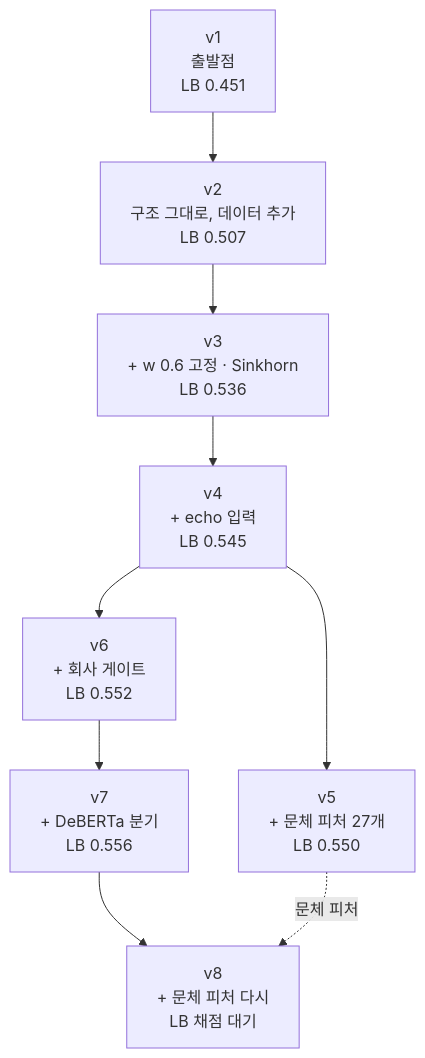
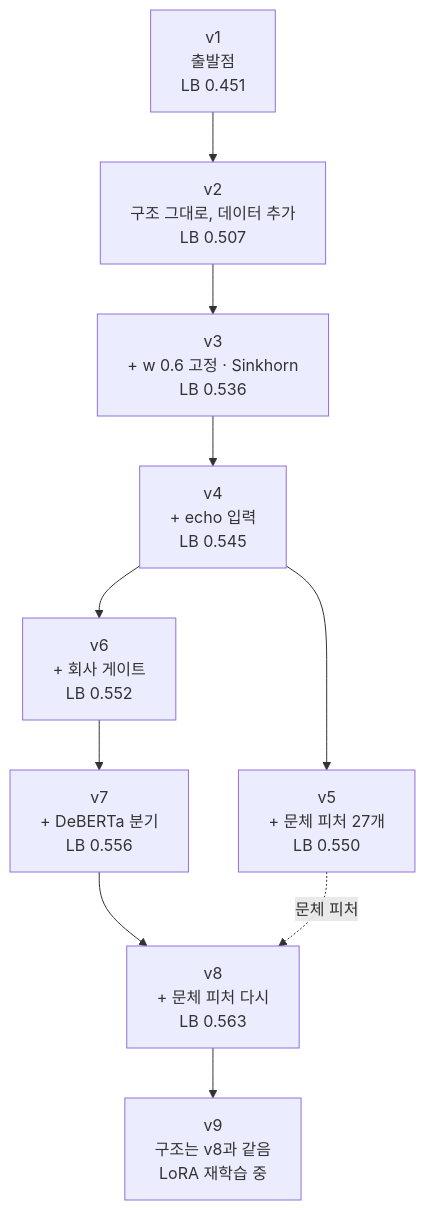
The diagram in docs/07_architecture_by_version.md (Lee-Jungwoo/name-that-llm), drawn with Mermaid before and after one commit. The commit also changed other lines of this file and 13 other files, not shown here.

````diff
--- a/docs/07_architecture_by_version.md
+++ b/docs/07_architecture_by_version.md
@@ -26,11 +26,12 @@
 ```mermaid
 flowchart TD
     v1["v1<br/>출발점<br/>LB 0.451"] --> v2["v2<br/>구조 그대로, 데이터 추가<br/>LB 0.507"]
     v2 --> v3["v3<br/>+ w 0.6 고정 · Sinkhorn<br/>LB 0.536"]
     v3 --> v4["v4<br/>+ echo 입력<br/>LB 0.545"]
     v4 --> v5["v5<br/>+ 문체 피처 27개<br/>LB 0.550"]
     v4 --> v6["v6<br/>+ 회사 게이트<br/>LB 0.552"]
     v6 --> v7["v7<br/>+ DeBERTa 분기<br/>LB 0.556"]
-    v7 --> v8["v8<br/>+ 문체 피처 다시<br/>LB 채점 대기"]
+    v7 --> v8["v8<br/>+ 문체 피처 다시<br/>LB 0.563"]
+    v8 --> v9["v9<br/>구조는 v8과 같음<br/>LoRA 재학습 중"]
     v5 -. 문체 피처 .-> v8
 ```
````
